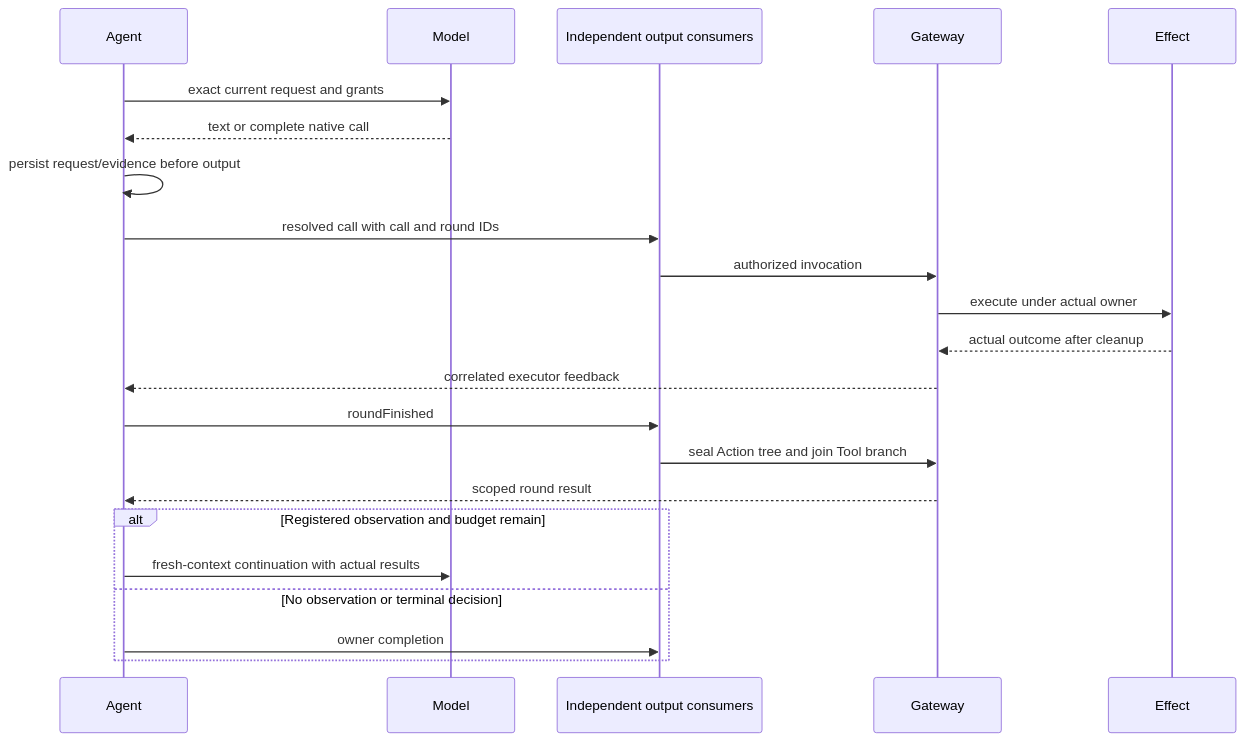
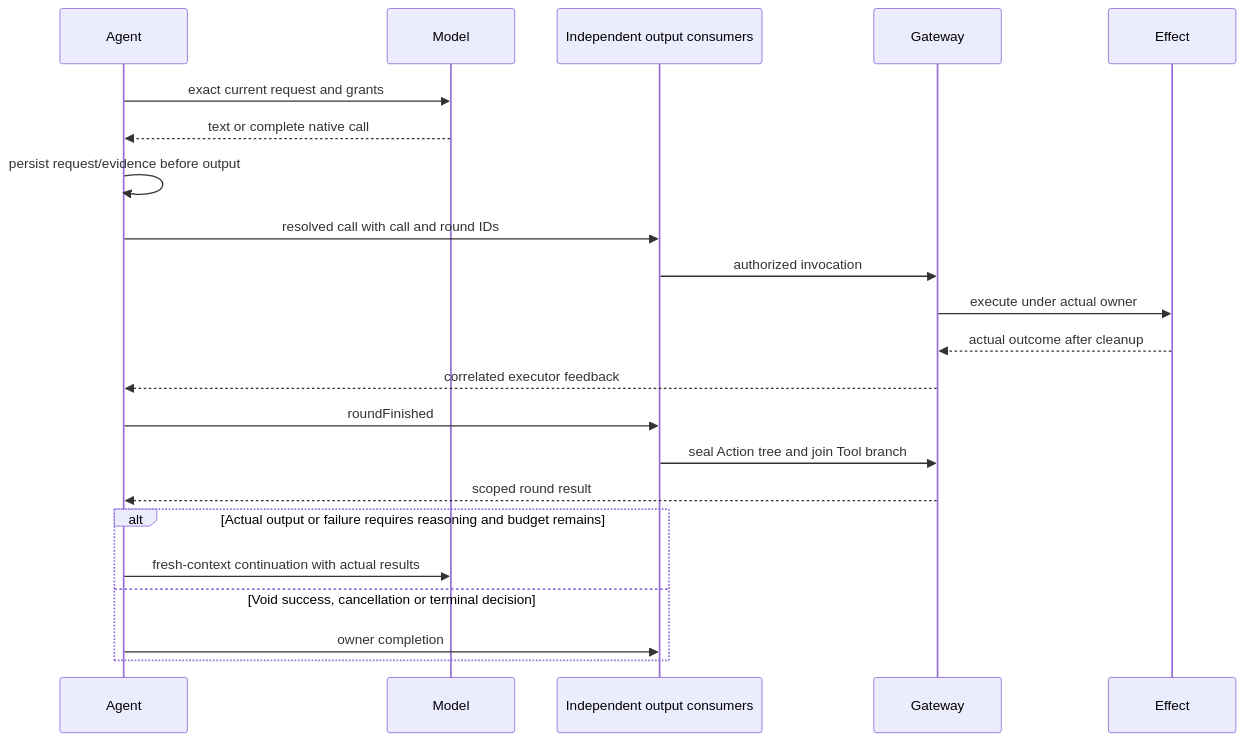
One commit to devilyouwei/MobileHarness changed diagram 12 of 35 in MobileHarness/README.md. Above: the diagram before and after it, drawn with Mermaid. The commit also changed other lines of this file and 456 other files, not shown here.

````diff
--- a/MobileHarness/README.md
+++ b/MobileHarness/README.md
@@ -865,24 +863,24 @@
 ```mermaid
 sequenceDiagram
  participant Agent
  participant Model
  participant Host as Independent output consumers
  participant Gateway
  participant Effect
  Agent->>Model: exact current request and grants
  Model-->>Agent: text or complete native call
  Agent->>Agent: persist request/evidence before output
  Agent->>Host: resolved call with call and round IDs
  Host->>Gateway: authorized invocation
  Gateway->>Effect: execute under actual owner
  Effect-->>Gateway: actual outcome after cleanup
  Gateway-->>Agent: correlated executor feedback
  Agent->>Host: roundFinished
  Host->>Gateway: seal Action tree and join Tool branch
  Gateway-->>Agent: scoped round result
- alt Registered observation and budget remain
+ alt Actual output or failure requires reasoning and budget remains
  Agent->>Model: fresh-context continuation with actual results
- else No observation or terminal decision
+ else Void success, cancellation or terminal decision
  Agent->>Host: owner completion
  end
 ```
````
